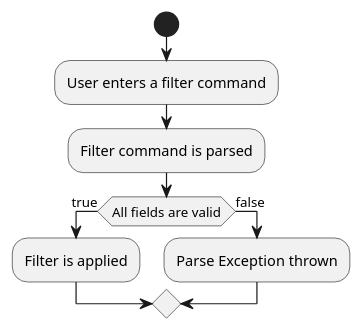
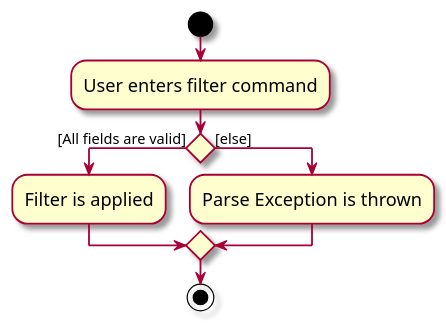
The diagram in docs/diagrams/Filter Activity.puml (nus-cs2103-AY2324S1/tp), drawn with PlantUML before and after one commit. The commit also changed 5 other files, not shown here.

Commit message:
Add UML diagrams

```diff
--- a/docs/diagrams/Filter Activity.puml
+++ b/docs/diagrams/Filter Activity.puml
@@ -1,11 +1,17 @@
 @startuml
-'https://plantuml.com/activity-diagram-beta
+skin rose
+skinparam ActivityFontSize 15
+skinparam ArrowFontSize 12
+start
+:User enters filter command;
 
-start
-:User enters a filter command;
-:Filter command is parsed;
-if (All fields are valid) then (true)
-  :Filter is applied;
-else (false)
-    :Parse Exception thrown;
+'Since the beta syntax does not support placing the condition outside the
+'diamond we place it as the true branch instead.
+
+if () then ([All fields are valid])
+    :Filter is applied;
+else ([else])
+:Parse Exception is thrown;
+endif
+stop
 @enduml
```
